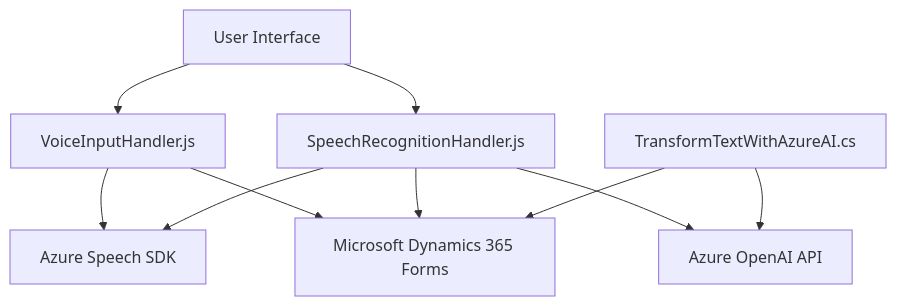
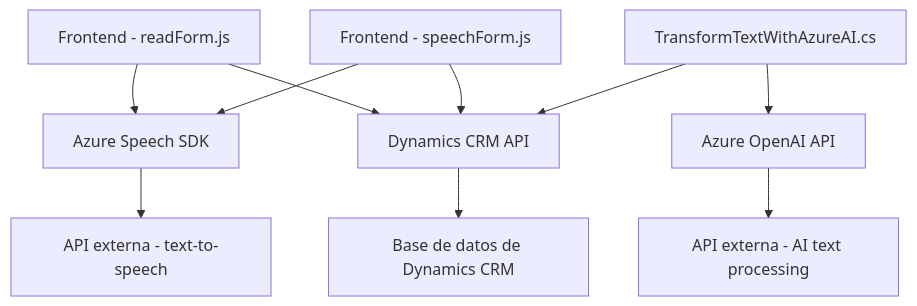
Before and after one commit to blopezdm/NETCORE_BILBAO2025: the diagram in README.md, drawn with Mermaid. The commit also changed other lines of this file, not shown here.

````diff
--- a/README.md
+++ b/README.md
@@ -50,19 +41,12 @@
 ```mermaid
 graph TD
-    A[User Interface]
-    B[VoiceInputHandler.js]
-    C[SpeechRecognitionHandler.js]
-    D[TransformTextWithAzureAI.cs]
-    E[Azure Speech SDK]
-    F[Azure OpenAI API]
-    G[Microsoft Dynamics 365 Forms]
-    A-->B
-    A-->C
-    B-->E
-    C-->E
-    C-->F
-    B-->G
-    C-->G
-    D-->F
-    D-->G
+    A["Frontend - readForm.js"] --> B["Azure Speech SDK"]
+    A --> C["Dynamics CRM API"]
+    D["Frontend - speechForm.js"] --> B
+    D --> C
+    E["TransformTextWithAzureAI.cs"] --> F["Azure OpenAI API"]
+    E --> C
+    B --> G["API externa - text-to-speech"]
+    F --> H["API externa - AI text processing"]
+    C --> I["Base de datos de Dynamics CRM"]
 ```
````
